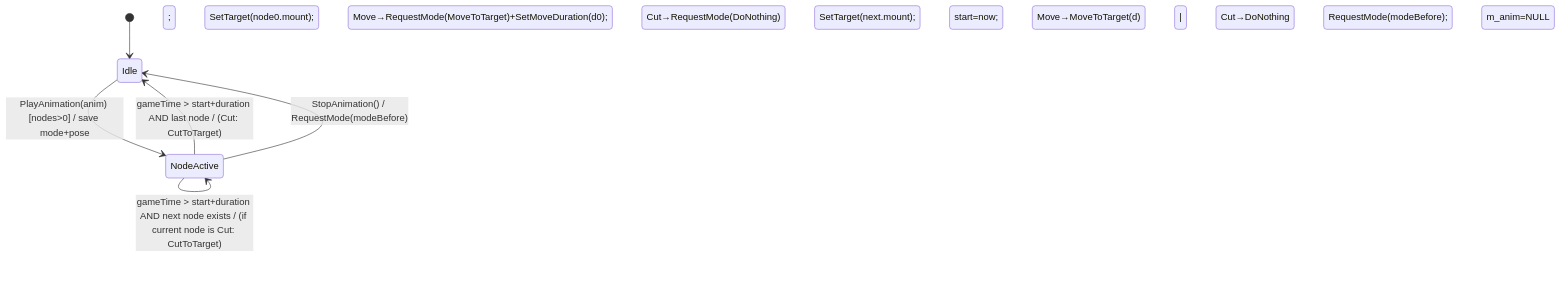
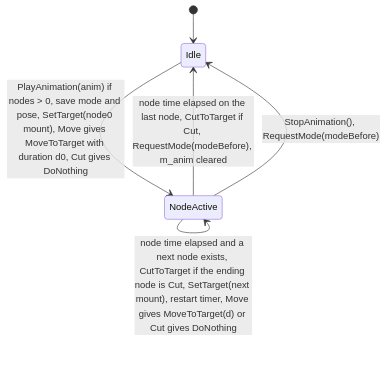
Before and after one commit to Zwaliebaba/Species.AI: the fifth of 5 diagrams in design/_work/drafts/P10_input_camera.md, drawn with Mermaid. The commit also changed other lines of this file and 11 other files, not shown here.

````diff
--- a/design/_work/drafts/P10_input_camera.md
+++ b/design/_work/drafts/P10_input_camera.md
@@ -792,8 +832,8 @@
 ```mermaid
 stateDiagram-v2
   [*] --> Idle
-  Idle --> NodeActive: PlayAnimation(anim) [nodes>0] / save mode+pose; SetTarget(node0.mount); Move→RequestMode(MoveToTarget)+SetMoveDuration(d0); Cut→RequestMode(DoNothing)
-  NodeActive --> NodeActive: gameTime > start+duration AND next node exists / (if current node is Cut: CutToTarget); SetTarget(next.mount); start=now; Move→MoveToTarget(d) | Cut→DoNothing
-  NodeActive --> Idle: gameTime > start+duration AND last node / (Cut: CutToTarget); RequestMode(modeBefore); m_anim=NULL
-  NodeActive --> Idle: StopAnimation() / RequestMode(modeBefore)
+  Idle --> NodeActive : PlayAnimation(anim) if nodes > 0, save mode and pose, SetTarget(node0 mount), Move gives MoveToTarget with duration d0, Cut gives DoNothing
+  NodeActive --> NodeActive : node time elapsed and a next node exists, CutToTarget if the ending node is Cut, SetTarget(next mount), restart timer, Move gives MoveToTarget(d) or Cut gives DoNothing
+  NodeActive --> Idle : node time elapsed on the last node, CutToTarget if Cut, RequestMode(modeBefore), m_anim cleared
+  NodeActive --> Idle : StopAnimation(), RequestMode(modeBefore)
 ```
````
